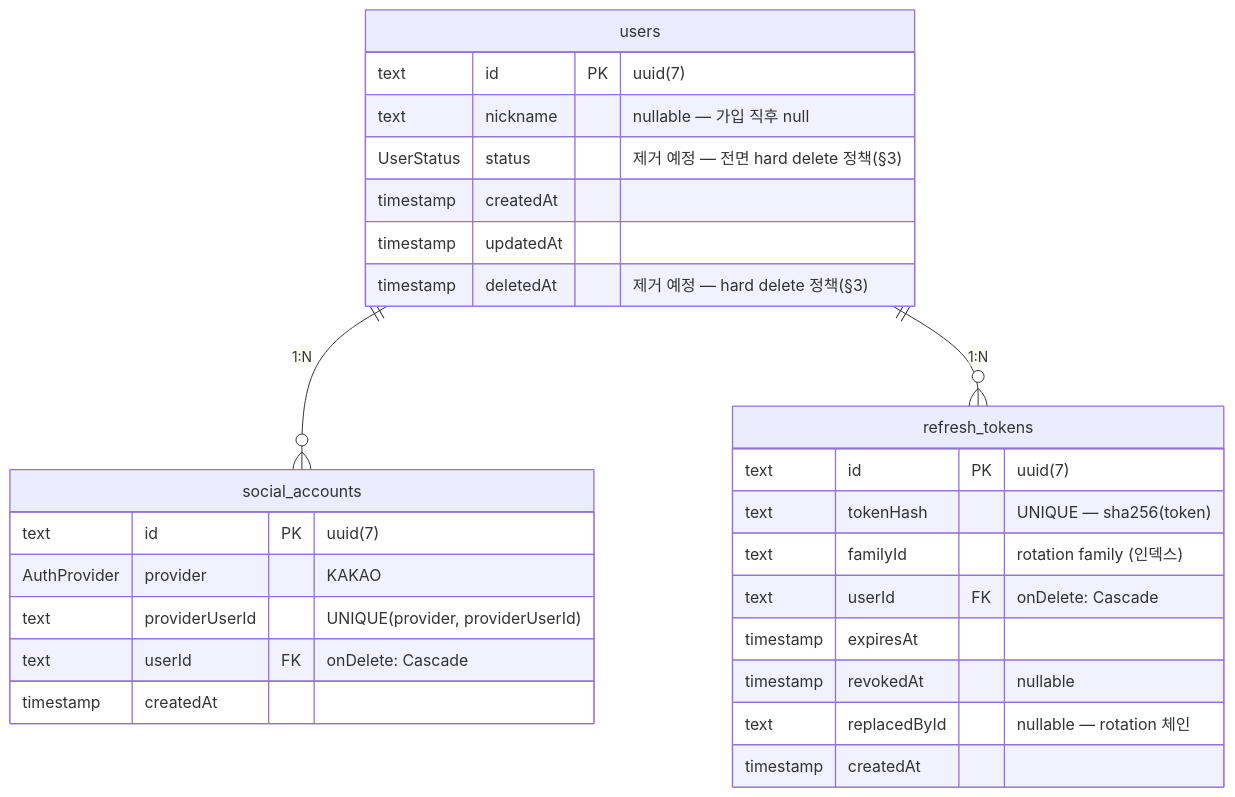
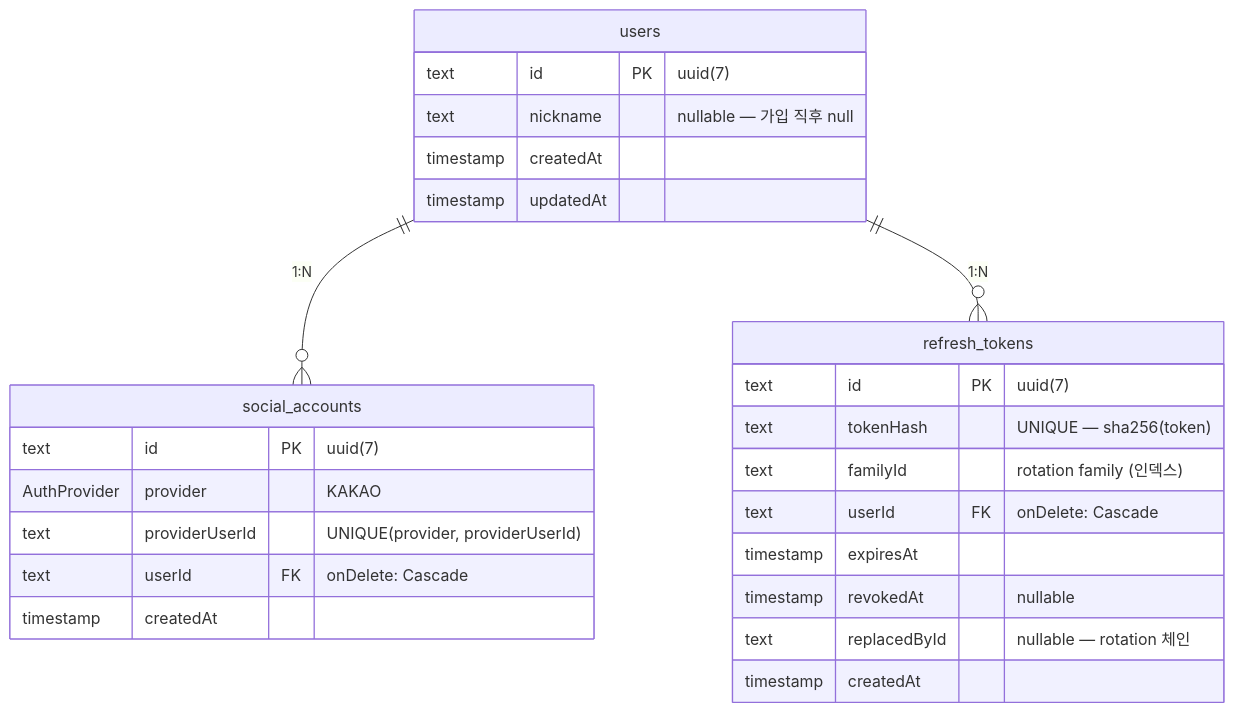
Before and after one commit to Remember-In/Tripic: the second of 3 diagrams in docs/10-auth-db-design.md, drawn with Mermaid. The commit also changed other lines of this file and 11 other files, not shown here.

````diff
--- a/docs/10-auth-db-design.md
+++ b/docs/10-auth-db-design.md
@@ -94,33 +94,31 @@
 ```mermaid
 erDiagram
     users ||--o{ social_accounts : "1:N"
     users ||--o{ refresh_tokens : "1:N"
 
     users {
         text id PK "uuid(7)"
         text nickname "nullable — 가입 직후 null"
-        UserStatus status "제거 예정 — 전면 hard delete 정책(§3)"
         timestamp createdAt
         timestamp updatedAt
-        timestamp deletedAt "제거 예정 — hard delete 정책(§3)"
     }
 
     social_accounts {
         text id PK "uuid(7)"
         AuthProvider provider "KAKAO"
         text providerUserId "UNIQUE(provider, providerUserId)"
         text userId FK "onDelete: Cascade"
         timestamp createdAt
     }
 
     refresh_tokens {
         text id PK "uuid(7)"
         text tokenHash "UNIQUE — sha256(token)"
         text familyId "rotation family (인덱스)"
         text userId FK "onDelete: Cascade"
         timestamp expiresAt
         timestamp revokedAt "nullable"
         text replacedById "nullable — rotation 체인"
         timestamp createdAt
     }
 ```
````
